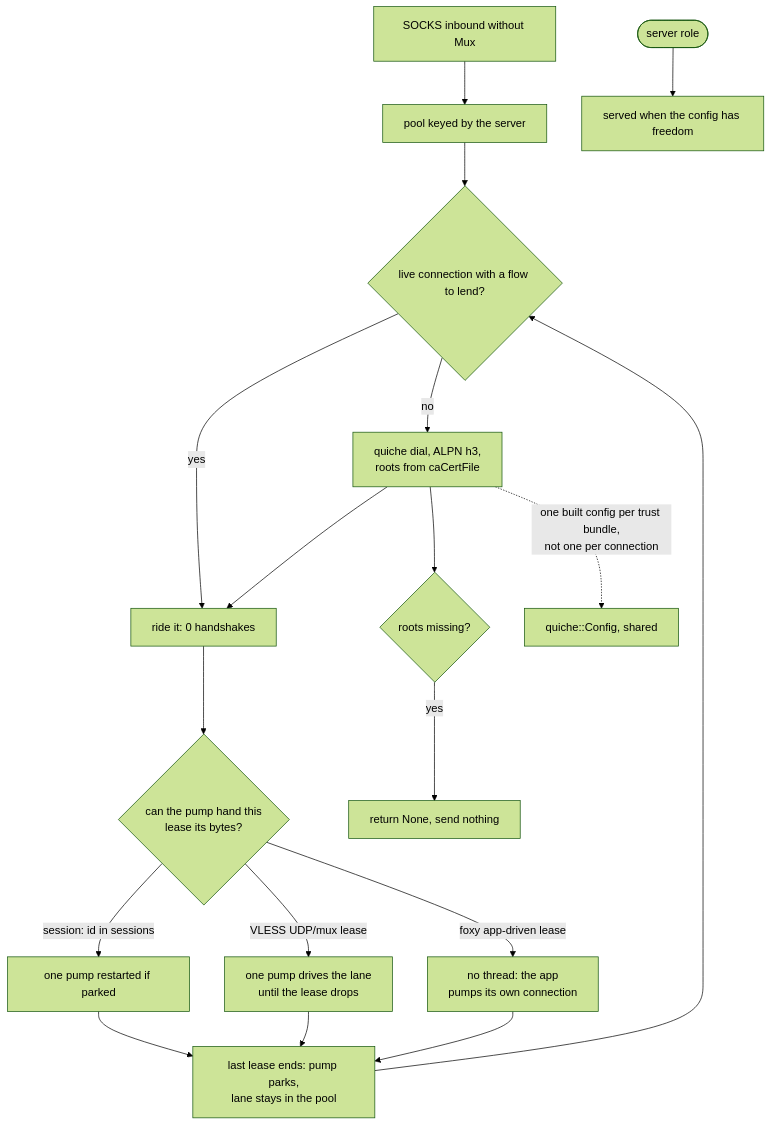
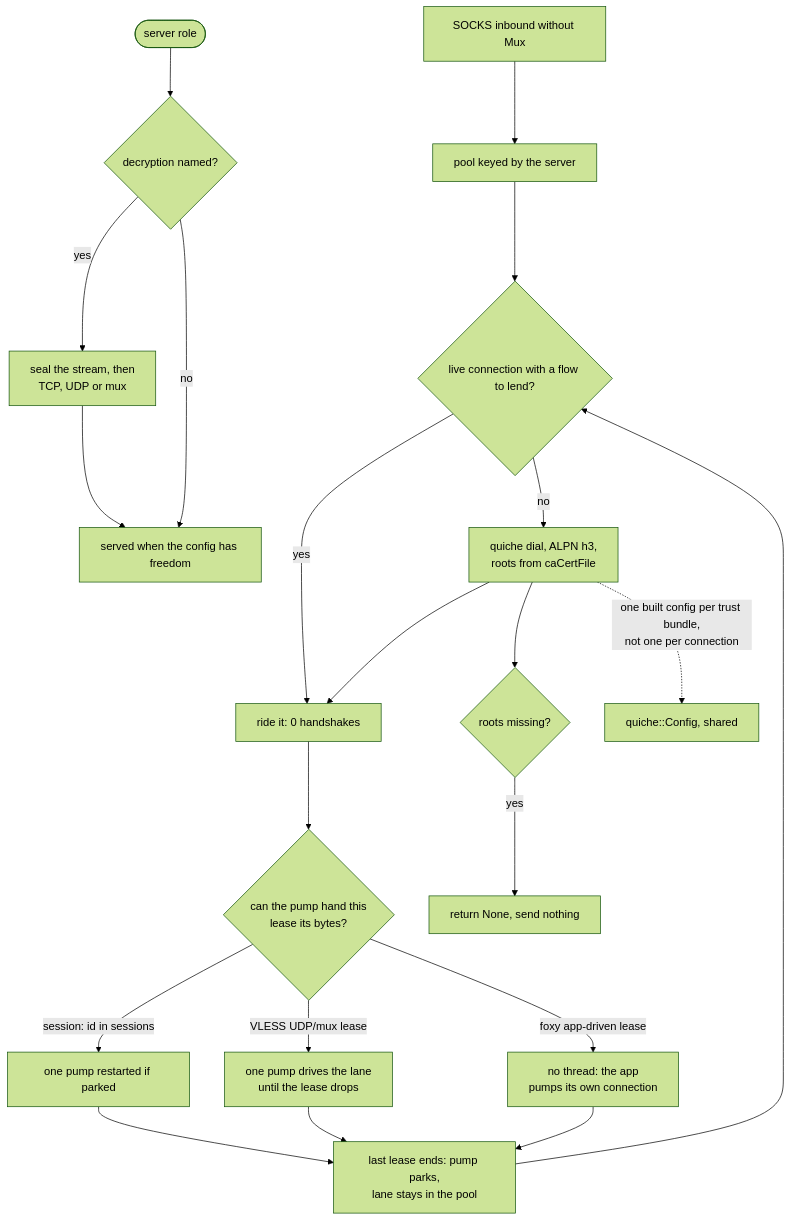
Before and after one commit to Ferrocite/ferrox: the diagram in docs/function/carrier-quic.md, drawn with Mermaid (forest theme). The commit also changed other lines of this file and 3 other files, not shown here.

````diff
--- a/docs/function/carrier-quic.md
+++ b/docs/function/carrier-quic.md
@@ -25,20 +25,23 @@
 ```mermaid
 graph TD
     S["SOCKS inbound without Mux"] --> P["pool keyed by the server"]
     P --> Q{"live connection with a flow to lend?"}
     Q -- yes --> U["ride it: 0 handshakes"]
     Q -- no --> D["quiche dial, ALPN h3,<br/>roots from caCertFile"]
     D --> U
     U --> V{"can the pump hand this<br/>lease its bytes?"}
     V -- "session: id in sessions" --> W["one pump restarted if parked"]
     V -- "VLESS UDP/mux lease" --> W2["one pump drives the lane<br/>until the lease drops"]
     V -- "foxy app-driven lease" --> Y["no thread: the app<br/>pumps its own connection"]
     W --> K["last lease ends: pump parks,<br/>lane stays in the pool"]
     W2 --> K
     Y --> K
     K --> Q
     D --> N{"roots missing?"}
     N -- yes --> X["return None, send nothing"]
     D -. "one built config per trust bundle,<br/>not one per connection" .-> CF["quiche::Config, shared"]
-    H(["server role"]) --> R["served when the config has freedom"]
+    H(["server role"]) --> E{"decryption named?"}
+    E -- yes --> ES["seal the stream, then<br/>TCP, UDP or mux"]
+    E -- no --> R["served when the config has freedom"]
+    ES --> R
 ```
````
